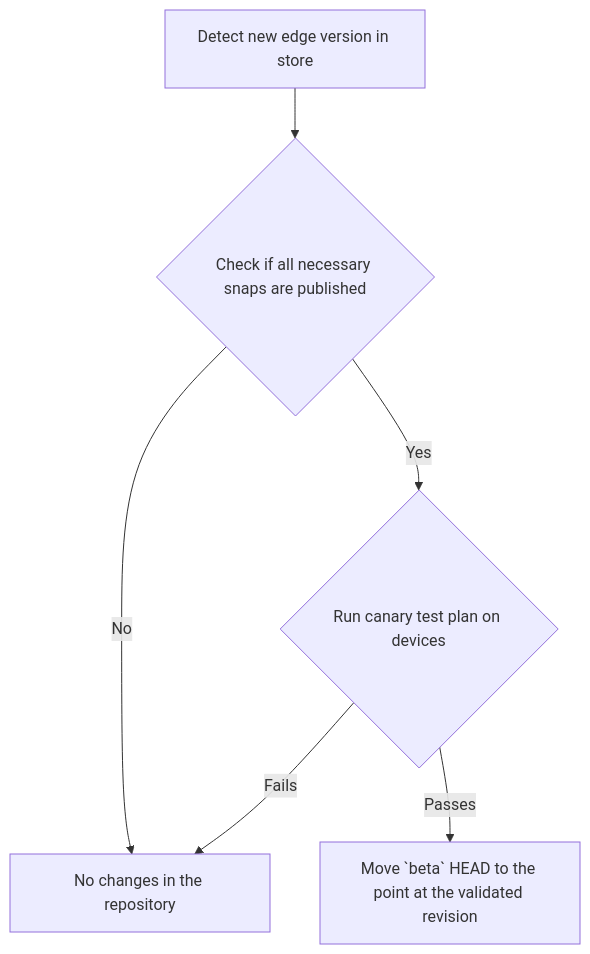
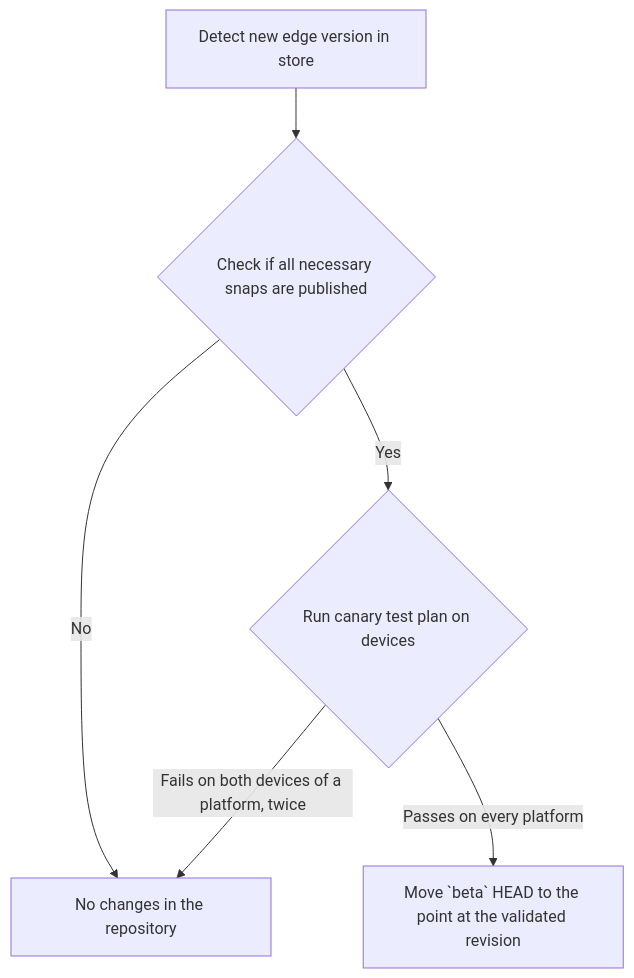
The second of 3 diagrams in docs/explanation/release_process/validation_pipeline_execution.rst (canonical/checkbox), drawn with Mermaid before and after one commit. The commit also changed other lines of this file and 5 other files, not shown here.

```diff
--- a/docs/explanation/release_process/validation_pipeline_execution.rst
+++ b/docs/explanation/release_process/validation_pipeline_execution.rst
@@ -39,15 +40,15 @@
 .. mermaid::
 
     graph TB
 
         A[Detect new edge version in store]
         B{Check if all necessary snaps are published}
         C{Run canary test plan on devices}
         D[No changes in the repository]
         E[Move `beta` HEAD to the point at the validated revision]
 
         A --> B
         B -->|No| D
         B -->|Yes| C
-        C -->|Passes| E
-        C -->|Fails| D
+        C -->|Passes on every platform| E
+        C -->|Fails on both devices of a platform, twice| D
```
